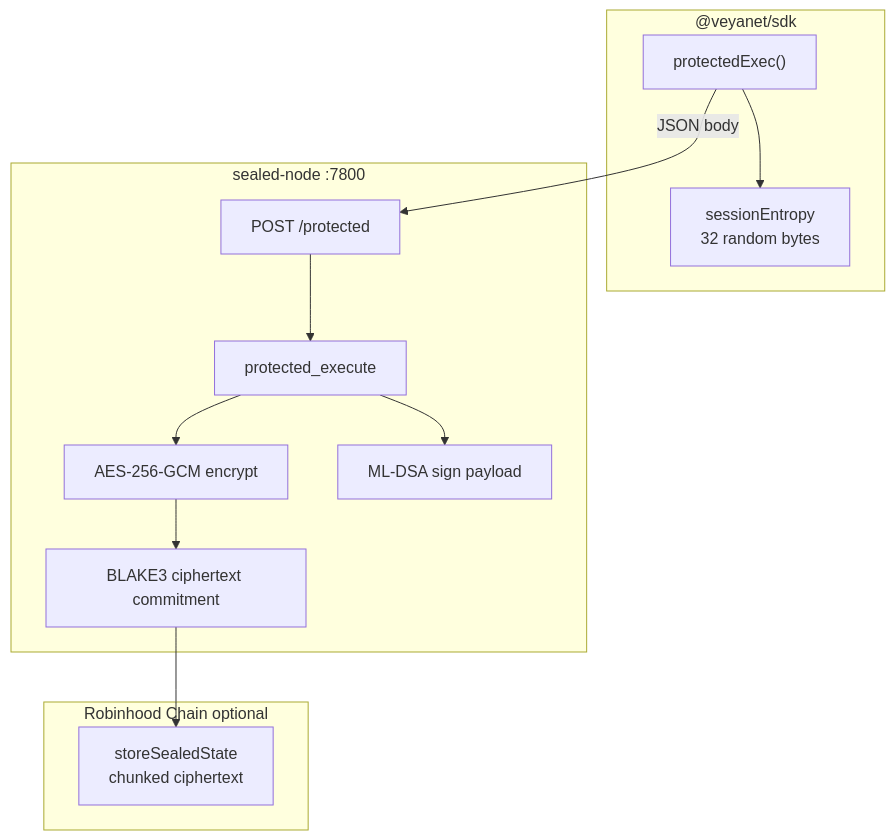
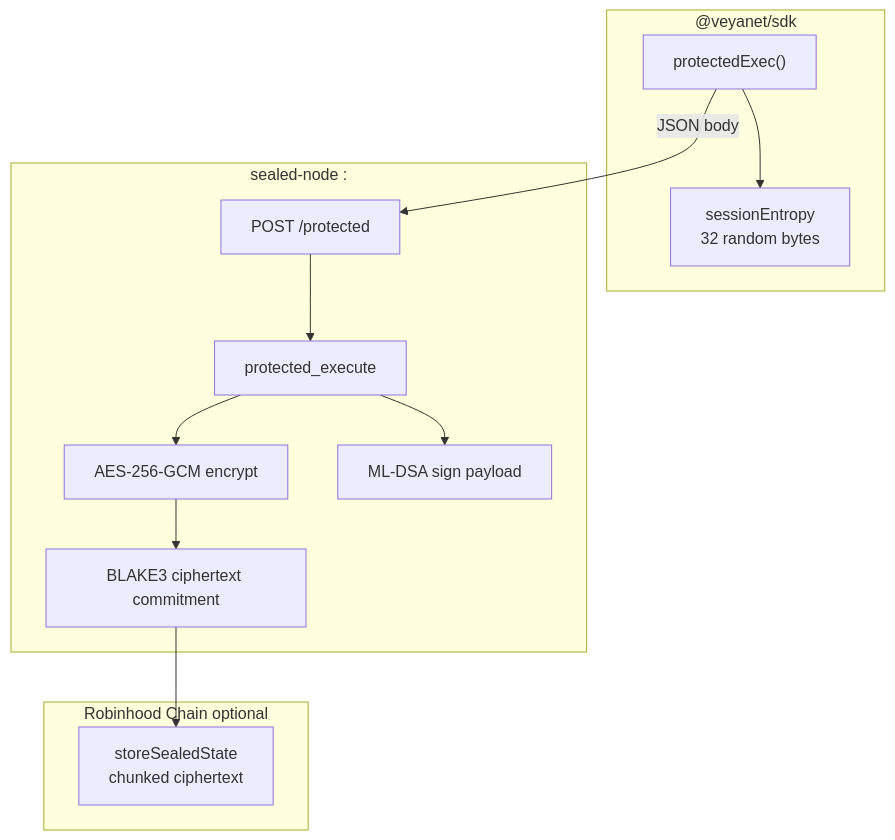
Before and after one commit to veyanet/veya-sdk: the first of 3 diagrams in docs/sdk/sealed-execution.md, drawn with Mermaid. The commit also changed other lines of this file, not shown here.

Commit message:
docs: use port placeholders in sealed execution notes

````diff
--- a/docs/sdk/sealed-execution.md
+++ b/docs/sdk/sealed-execution.md
@@ -73,27 +71,27 @@
 ```mermaid
 flowchart TB
     subgraph Client["@veyanet/sdk"]
         PE["protectedExec()"]
         ENT["sessionEntropy\n32 random bytes"]
     end
 
-    subgraph Node["sealed-node :7800"]
+    subgraph Node["sealed-node :<sealed-port>"]
         HTTP["POST /protected"]
         SEAL["protected_execute"]
         AES["AES-256-GCM encrypt"]
         B3["BLAKE3 ciphertext commitment"]
         ML["ML-DSA sign payload"]
     end
 
     subgraph Chain["Robinhood Chain optional"]
         SS["storeSealedState\nchunked ciphertext"]
     end
 
     PE --> ENT
     PE -->|"JSON body"| HTTP
     HTTP --> SEAL
     SEAL --> AES
     AES --> B3
     SEAL --> ML
     B3 --> SS
 ```
````
